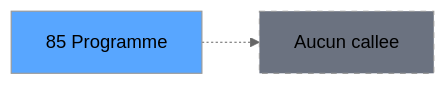
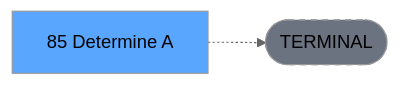
One commit to thonyAGP/lecteur-magic changed the third of 3 diagrams in .openspec/specs/ADH-IDE-85.md. Above: the diagram before and after it, drawn with Mermaid (neutral theme). The commit also changed other lines of this file and 701 other files, not shown here.

````diff
--- a/.openspec/specs/ADH-IDE-85.md
+++ b/.openspec/specs/ADH-IDE-85.md
@@ -138,8 +134,8 @@
 ```mermaid
 graph LR
-    T[85 Programme]
-    NONE[Aucun callee]
-    T -.-> NONE
+    T[85     Determine A]
+    TERM([TERMINAL])
+    T -.-> TERM
+    style TERM fill:#6b7280,stroke-dasharray: 5 5
     style T fill:#58a6ff,color:#000
-    style NONE fill:#6b7280,stroke-dasharray: 5 5
 ```
````
